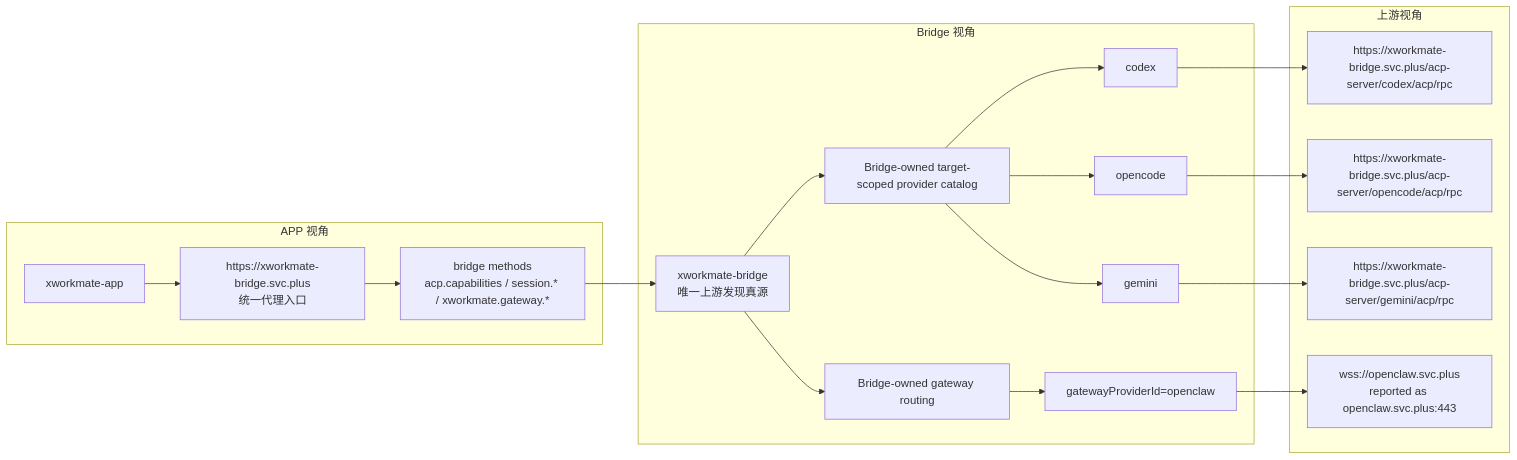
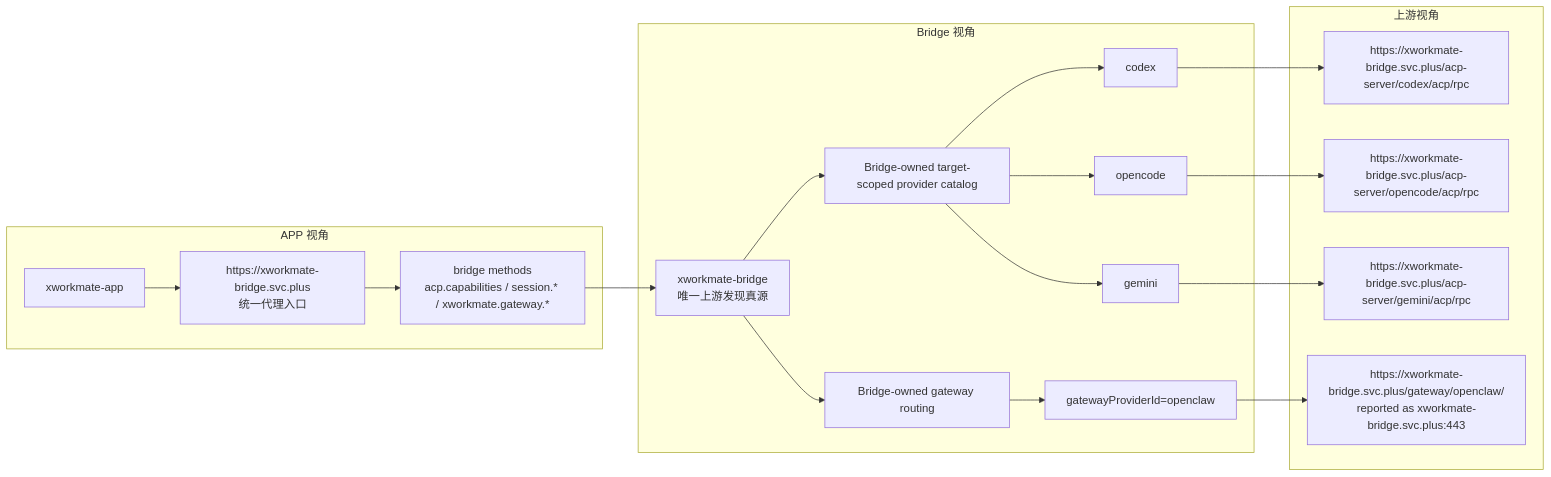
Before and after one commit to ai-workspace-lab/xworkmate-bridge: the second of 2 diagrams in docs/architecture/acp-forwarding-topology.md, drawn with Mermaid. The commit also changed other lines of this file and 9 other files, not shown here.

Commit message:
refactor(acp): unify ingress topology and migrate all services to xworkmate-bridge.svc.plus

````diff
--- a/docs/architecture/acp-forwarding-topology.md
+++ b/docs/architecture/acp-forwarding-topology.md
@@ -79,44 +79,44 @@
 ```mermaid
 flowchart LR
     subgraph L1["APP 视角"]
         APP["xworkmate-app"]
         APPENTRY["https://xworkmate-bridge.svc.plus<br/>统一代理入口"]
         APPMETHODS["bridge methods<br/>acp.capabilities / session.* / xworkmate.gateway.*"]
         APP --> APPENTRY
         APPENTRY --> APPMETHODS
     end
 
     subgraph L2["Bridge 视角"]
         BRIDGE["xworkmate-bridge<br/>唯一上游发现真源"]
 
         CAP["Bridge-owned target-scoped provider catalog"]
         CAP1["codex"]
         CAP2["opencode"]
         CAP3["gemini"]
 
         GW["Bridge-owned gateway routing"]
         GW1["gatewayProviderId=openclaw"]
 
         BRIDGE --> CAP
         CAP --> CAP1
         CAP --> CAP2
         CAP --> CAP3
 
         BRIDGE --> GW
         GW --> GW1
     end
 
     subgraph L3["上游视角"]
         U1["https://xworkmate-bridge.svc.plus/acp-server/codex/acp/rpc"]
         U2["https://xworkmate-bridge.svc.plus/acp-server/opencode/acp/rpc"]
         U3["https://xworkmate-bridge.svc.plus/acp-server/gemini/acp/rpc"]
-        U4["wss://openclaw.svc.plus<br/>reported as openclaw.svc.plus:443"]
+        U4["https://xworkmate-bridge.svc.plus/gateway/openclaw/<br/>reported as xworkmate-bridge.svc.plus:443"]
     end
 
     APPMETHODS --> BRIDGE
 
     CAP1 --> U1
     CAP2 --> U2
     CAP3 --> U3
     GW1 --> U4
 ```
````
